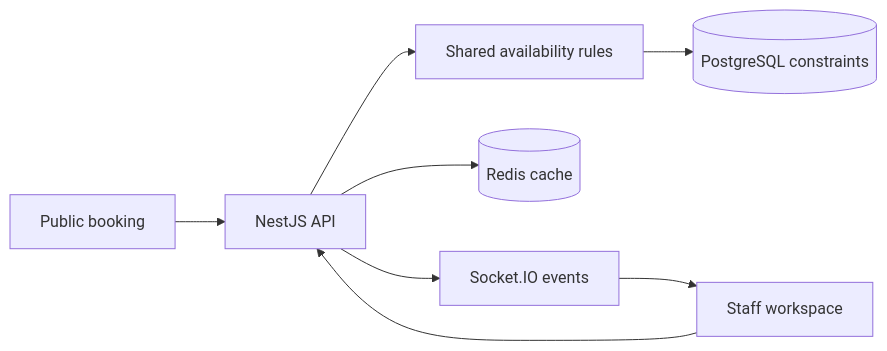
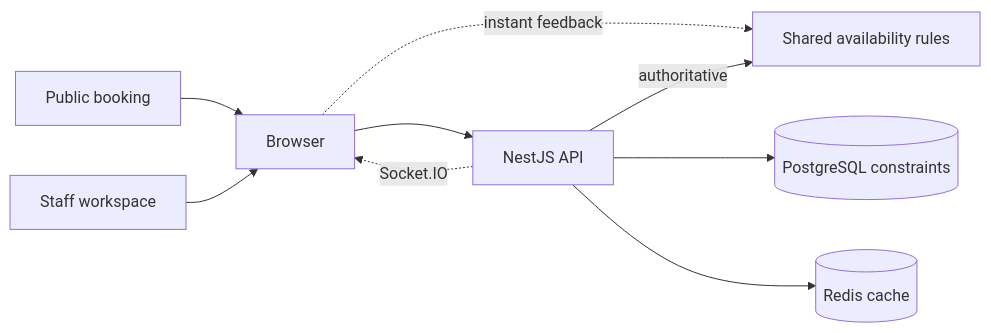
Before and after one commit to nkieu-config/dentalops: the diagram in README.md, drawn with Mermaid. The commit also changed other lines of this file and 16 other files, not shown here.

````diff
--- a/README.md
+++ b/README.md
@@ -68,10 +59,11 @@
 ```mermaid
 flowchart LR
-  Patient["Public booking"] --> API["NestJS API"]
-  Staff["Staff workspace"] --> API
-  API --> Rules["Shared availability rules"]
-  Rules --> Postgres[("PostgreSQL constraints")]
+  Patient["Public booking"] --> Web["Browser"]
+  Staff["Staff workspace"] --> Web
+  Web -. "instant feedback" .-> Rules["Shared availability rules"]
+  Web --> API["NestJS API"]
+  API -->|"authoritative"| Rules
+  API --> Postgres[("PostgreSQL constraints")]
   API --> Redis[("Redis cache")]
-  API --> Realtime["Socket.IO events"]
-  Realtime --> Staff
+  API -. "Socket.IO" .-> Web
 ```
````
